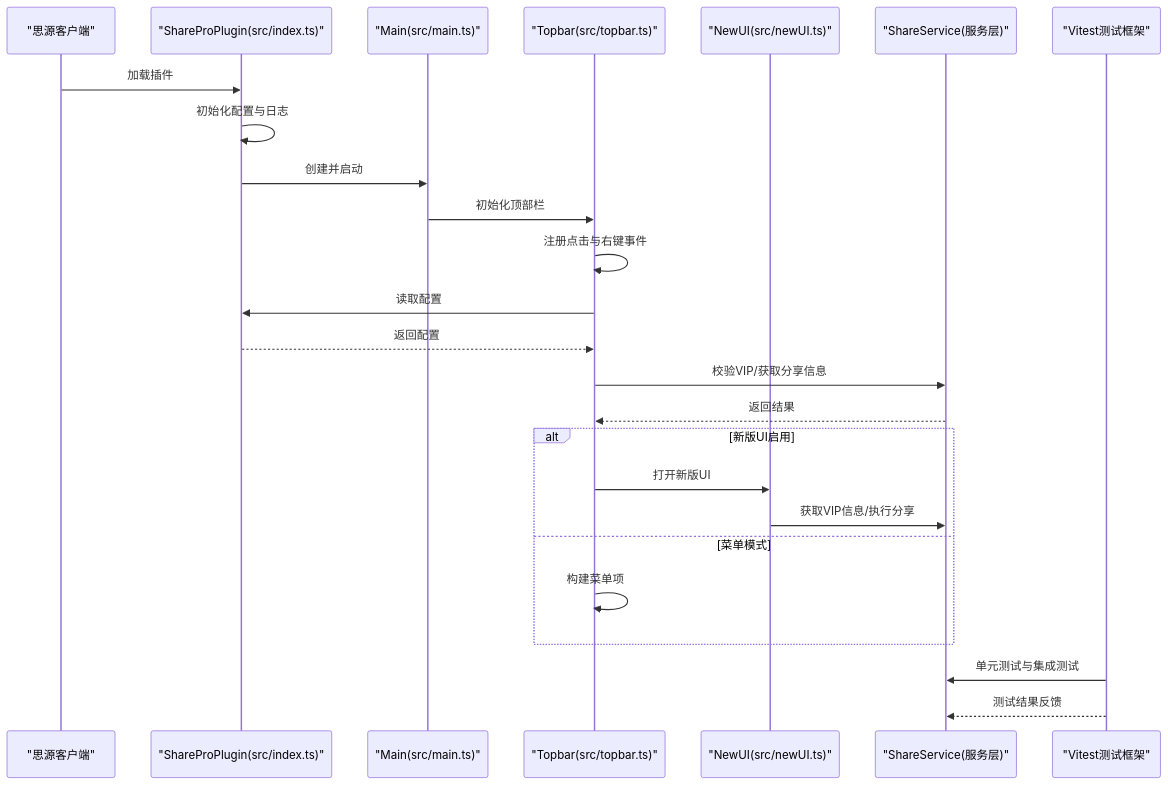
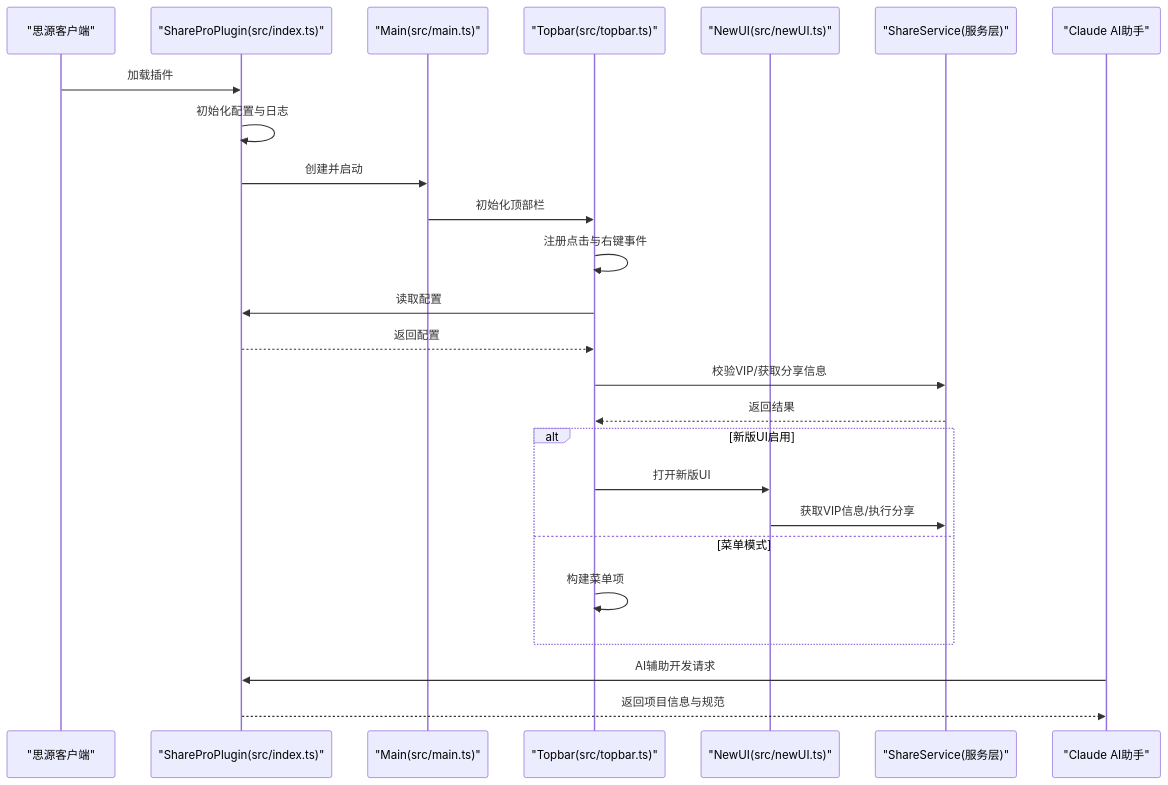
The second of 5 diagrams in .qoder/repowiki/zh/content/开发指南/开发指南.md (terwerinc/siyuan-plugin-share-pro), drawn with Mermaid before and after one commit. The commit also changed other lines of this file and 6 other files, not shown here.

````diff
--- a/.qoder/repowiki/zh/content/开发指南/开发指南.md
+++ b/.qoder/repowiki/zh/content/开发指南/开发指南.md
@@ -109,27 +117,27 @@
 ```mermaid
 sequenceDiagram
 participant App as "思源客户端"
 participant Plugin as "ShareProPlugin(src/index.ts)"
 participant Main as "Main(src/main.ts)"
 participant Topbar as "Topbar(src/topbar.ts)"
 participant NewUI as "NewUI(src/newUI.ts)"
 participant Service as "ShareService(服务层)"
-participant Test as "Vitest测试框架"
+participant AI as "Claude AI助手"
 App->>Plugin : 加载插件
 Plugin->>Plugin : 初始化配置与日志
 Plugin->>Main : 创建并启动
 Main->>Topbar : 初始化顶部栏
 Topbar->>Topbar : 注册点击与右键事件
 Topbar->>Plugin : 读取配置
 Plugin-->>Topbar : 返回配置
 Topbar->>Service : 校验VIP/获取分享信息
 Service-->>Topbar : 返回结果
 alt 新版UI启用
 Topbar->>NewUI : 打开新版UI
 NewUI->>Service : 获取VIP信息/执行分享
 else 菜单模式
 Topbar->>Topbar : 构建菜单项
 end
-Test->>Service : 单元测试与集成测试
-Test-->>Service : 测试结果反馈
+AI->>Plugin : AI辅助开发请求
+Plugin-->>AI : 返回项目信息与规范
 ```
````
